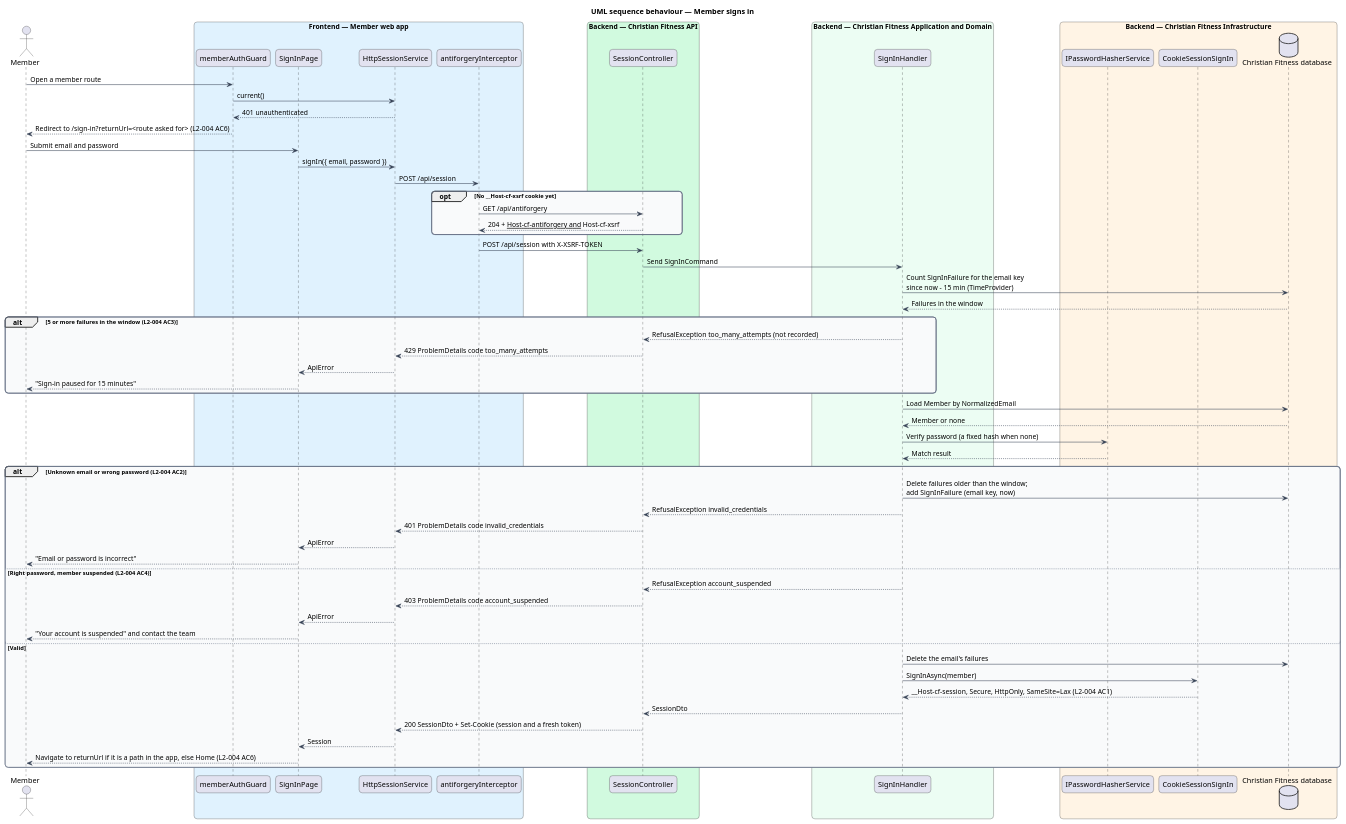
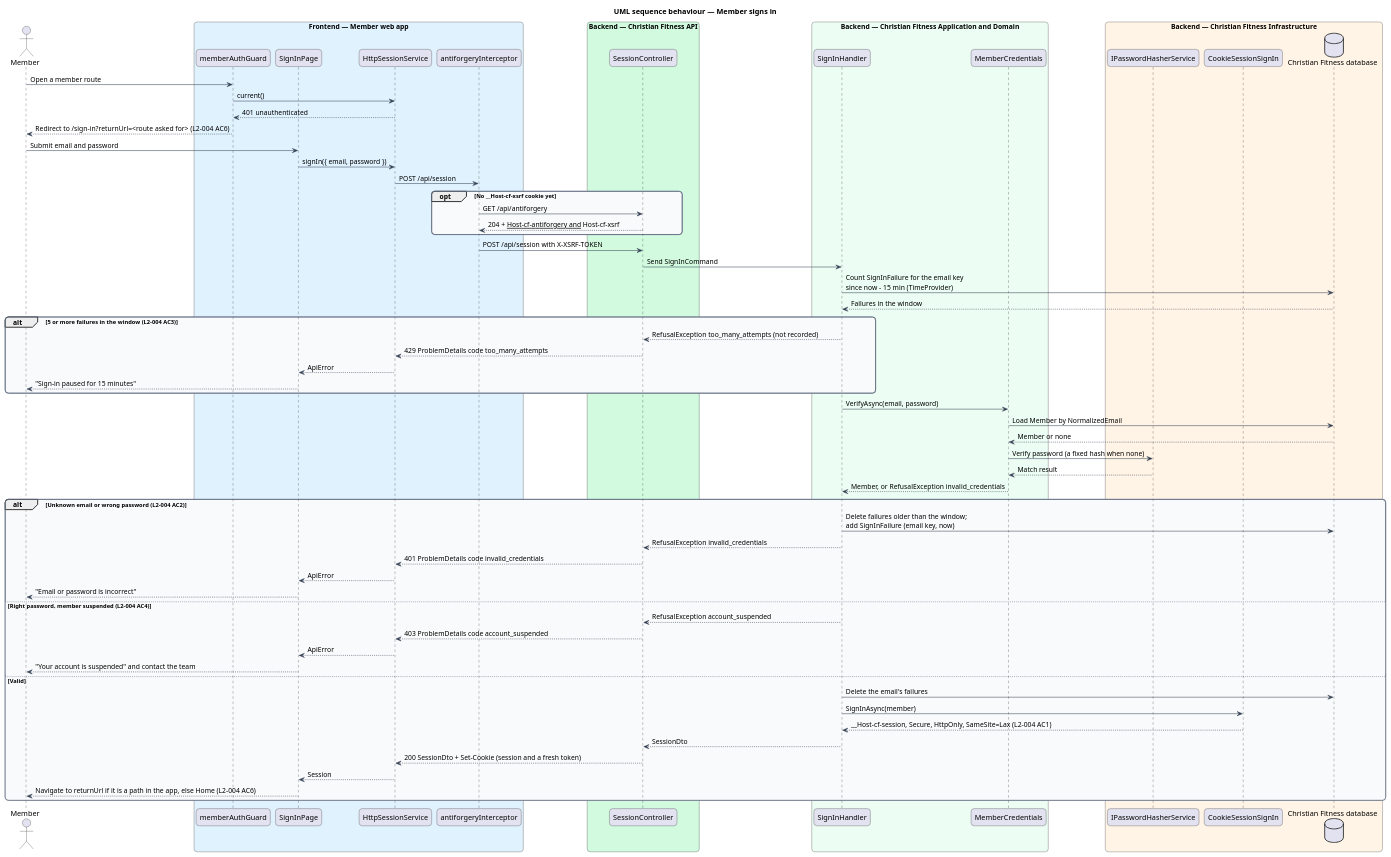
The diagram in docs/detailed-designs/member-access/sign-in-and-out/diagrams/sequence-sign-in.puml (QuinntyneBrown/christian-fitness), drawn with PlantUML before and after one commit. The commit also changed 37 other files, not shown here.

```diff
--- a/docs/detailed-designs/member-access/sign-in-and-out/diagrams/sequence-sign-in.puml
+++ b/docs/detailed-designs/member-access/sign-in-and-out/diagrams/sequence-sign-in.puml
@@ -1,80 +1,83 @@
 @startuml
 title UML sequence behaviour — Member signs in
 skinparam backgroundColor #FFFFFF
 skinparam shadowing false
 skinparam roundcorner 12
 skinparam defaultFontName Arial
 skinparam ArrowColor #344054
 skinparam rectangle {
   BorderColor #344054
   FontColor #101828
 }
 skinparam package {
   BorderColor #667085
   FontColor #101828
   BackgroundColor #F9FAFB
 }
 actor "Member" as actor
 box "Frontend — Member web app" #E0F2FE
   participant "memberAuthGuard" as guard
   participant "SignInPage" as page
   participant "HttpSessionService" as client
   participant "antiforgeryInterceptor" as xsrf
 end box
 box "Backend — Christian Fitness API" #D1FADF
   participant "SessionController" as ctrl
 end box
 box "Backend — Christian Fitness Application and Domain" #ECFDF3
   participant "SignInHandler" as h
+  participant "MemberCredentials" as cred
 end box
 box "Backend — Christian Fitness Infrastructure" #FFF4E5
   participant "IPasswordHasherService" as hash
   participant "CookieSessionSignIn" as sess
   database "Christian Fitness database" as db
 end box
 actor -> guard : Open a member route
 guard -> client : current()
 client --> guard : 401 unauthenticated
 guard --> actor : Redirect to /sign-in?returnUrl=<route asked for> (L2-004 AC6)
 actor -> page : Submit email and password
 page -> client : signIn({ email, password })
 client -> xsrf : POST /api/session
 opt No __Host-cf-xsrf cookie yet
   xsrf -> ctrl : GET /api/antiforgery
   ctrl --> xsrf : 204 + __Host-cf-antiforgery and __Host-cf-xsrf
 end
 xsrf -> ctrl : POST /api/session with X-XSRF-TOKEN
 ctrl -> h : Send SignInCommand
 h -> db : Count SignInFailure for the email key\nsince now - 15 min (TimeProvider)
 db --> h : Failures in the window
 alt 5 or more failures in the window (L2-004 AC3)
   h --> ctrl : RefusalException too_many_attempts (not recorded)
   ctrl --> client : 429 ProblemDetails code too_many_attempts
   client --> page : ApiError
   page --> actor : "Sign-in paused for 15 minutes"
 end
-h -> db : Load Member by NormalizedEmail
-db --> h : Member or none
-h -> hash : Verify password (a fixed hash when none)
-hash --> h : Match result
+h -> cred : VerifyAsync(email, password)
+cred -> db : Load Member by NormalizedEmail
+db --> cred : Member or none
+cred -> hash : Verify password (a fixed hash when none)
+hash --> cred : Match result
+cred --> h : Member, or RefusalException invalid_credentials
 alt Unknown email or wrong password (L2-004 AC2)
   h -> db : Delete failures older than the window;\nadd SignInFailure (email key, now)
   h --> ctrl : RefusalException invalid_credentials
   ctrl --> client : 401 ProblemDetails code invalid_credentials
   client --> page : ApiError
   page --> actor : "Email or password is incorrect"
 else Right password, member suspended (L2-004 AC4)
   h --> ctrl : RefusalException account_suspended
   ctrl --> client : 403 ProblemDetails code account_suspended
   client --> page : ApiError
   page --> actor : "Your account is suspended" and contact the team
 else Valid
   h -> db : Delete the email's failures
   h -> sess : SignInAsync(member)
   sess --> h : __Host-cf-session, Secure, HttpOnly, SameSite=Lax (L2-004 AC1)
   h --> ctrl : SessionDto
   ctrl --> client : 200 SessionDto + Set-Cookie (session and a fresh token)
   client --> page : Session
   page --> actor : Navigate to returnUrl if it is a path in the app, else Home (L2-004 AC6)
 end
 @enduml
```
